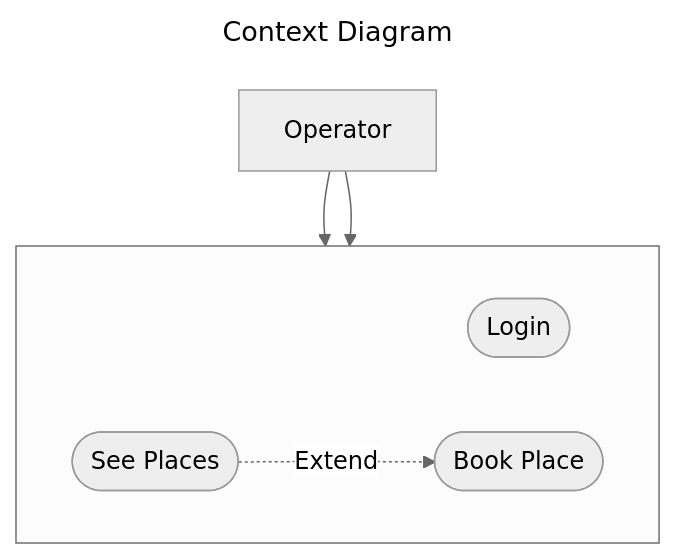
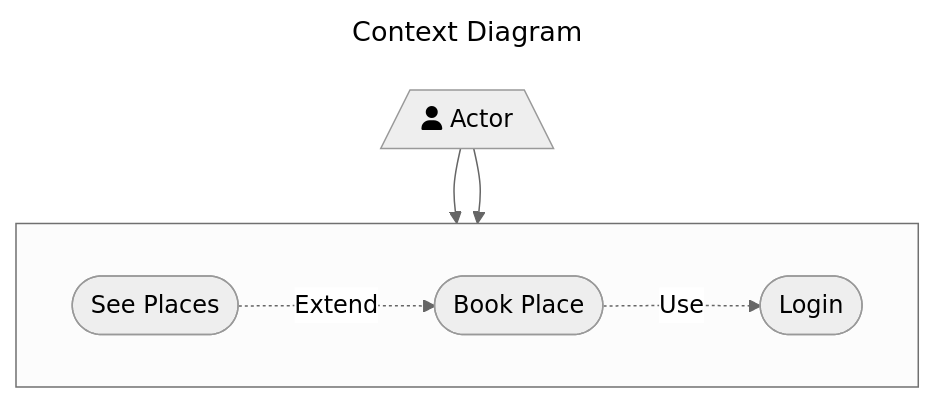
One commit to Kuziomkin/diagrams changed the third of 3 diagrams in mermaid_elements.md. Above: the diagram before and after it, drawn with Mermaid.

````diff
--- a/mermaid_elements.md
+++ b/mermaid_elements.md
@@ -50,24 +50,25 @@
 ```mermaid
 ---
 title: Context Diagram
 config:
   layout: dagre
   look: classic
   theme: neutral
 ---
     flowchart TD
         %% define components
-        O[Operator]
+        A[/fa:fa-user Actor\]
 
         subgraph " "
             direction LR
             L([Login])
             G([See Places])
             B([Book Place])
         end
 
         %% define relationships
-        O --> L
-        O --> G
+        A --> L
+        A --> G
         G -.Extend.-> B
+        B -.Use.-> L
 ```
````
